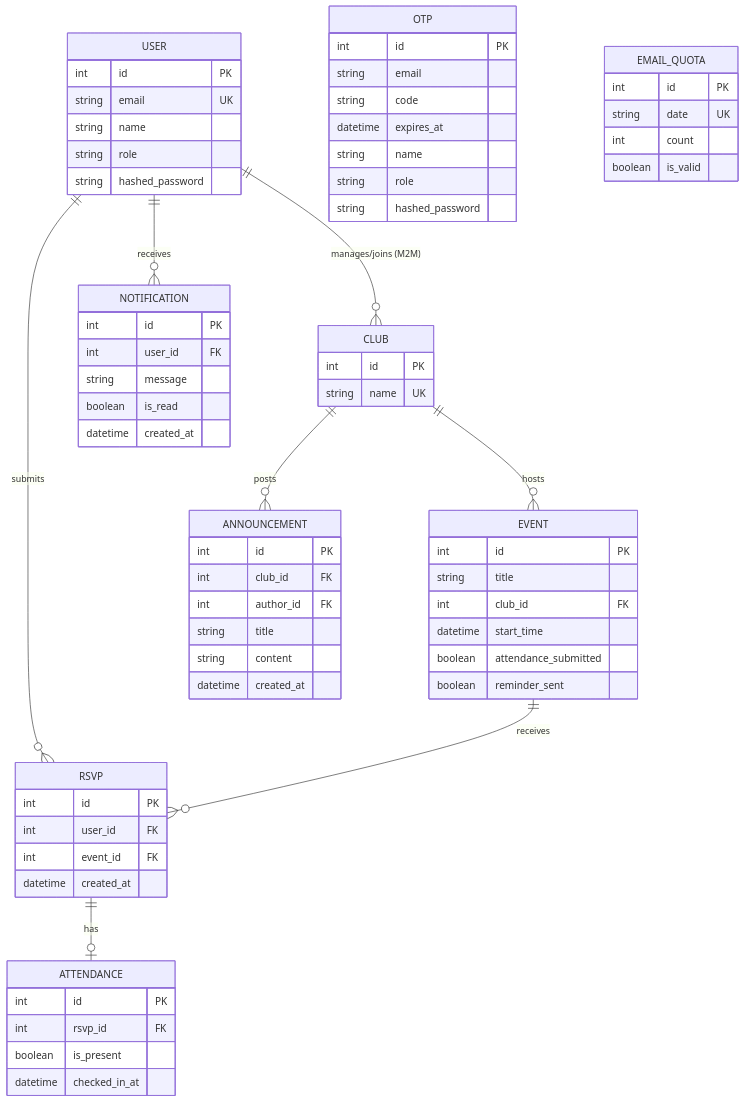
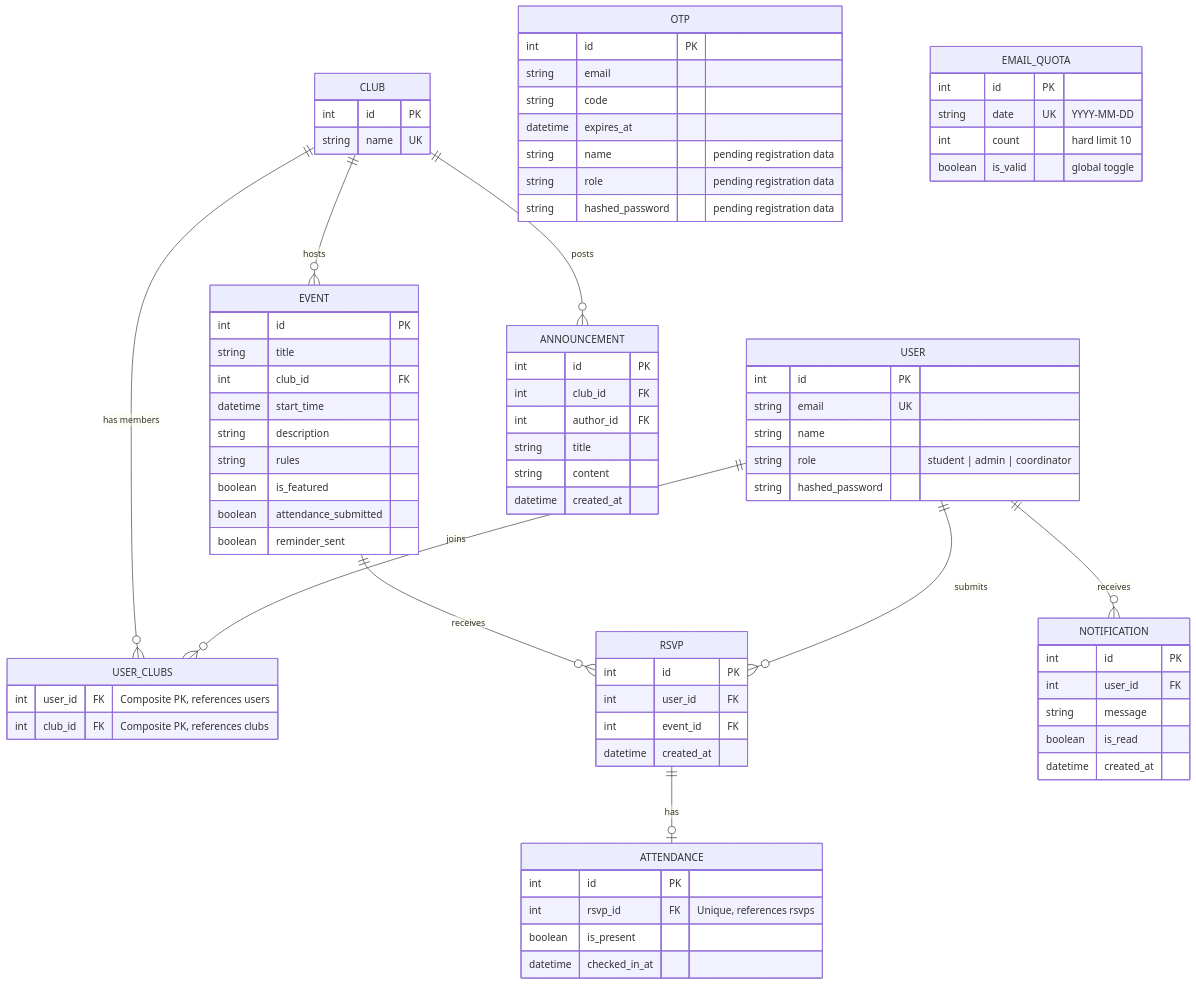
The fifth of 7 diagrams in docs/design_doc.md (Dhruv-Puri/2nd-year-Internship), drawn with Mermaid before and after one commit. The commit also changed other lines of this file, not shown here.

````diff
--- a/docs/design_doc.md
+++ b/docs/design_doc.md
@@ -141,72 +206,80 @@
 ```mermaid
 erDiagram
     USER {
         int id PK
         string email UK
         string name
-        string role
+        string role "student | admin | coordinator"
         string hashed_password
     }
     CLUB {
         int id PK
         string name UK
     }
+    USER_CLUBS {
+        int user_id FK "Composite PK, references users"
+        int club_id FK "Composite PK, references clubs"
+    }
     EVENT {
         int id PK
         string title
         int club_id FK
         datetime start_time
+        string description
+        string rules
+        boolean is_featured
         boolean attendance_submitted
         boolean reminder_sent
     }
     RSVP {
         int id PK
         int user_id FK
         int event_id FK
         datetime created_at
     }
     ATTENDANCE {
         int id PK
-        int rsvp_id FK
+        int rsvp_id FK "Unique, references rsvps"
         boolean is_present
         datetime checked_in_at
     }
     OTP {
         int id PK
         string email
         string code
         datetime expires_at
-        string name
-        string role
-        string hashed_password
+        string name "pending registration data"
+        string role "pending registration data"
+        string hashed_password "pending registration data"
     }
     NOTIFICATION {
         int id PK
         int user_id FK
         string message
         boolean is_read
         datetime created_at
     }
     ANNOUNCEMENT {
         int id PK
         int club_id FK
         int author_id FK
         string title
         string content
         datetime created_at
     }
     EMAIL_QUOTA {
         int id PK
-        string date UK
-        int count
-        boolean is_valid
+        string date UK "YYYY-MM-DD"
+        int count "hard limit 10"
+        boolean is_valid "global toggle"
     }
 
-    USER ||--o{ CLUB : "manages/joins (M2M)"
+    USER ||--o{ USER_CLUBS : "joins"
+    CLUB ||--o{ USER_CLUBS : "has members"
     CLUB ||--o{ EVENT : "hosts"
     USER ||--o{ RSVP : "submits"
     EVENT ||--o{ RSVP : "receives"
     RSVP ||--o| ATTENDANCE : "has"
     USER ||--o{ NOTIFICATION : "receives"
     CLUB ||--o{ ANNOUNCEMENT : "posts"
 ```
````
